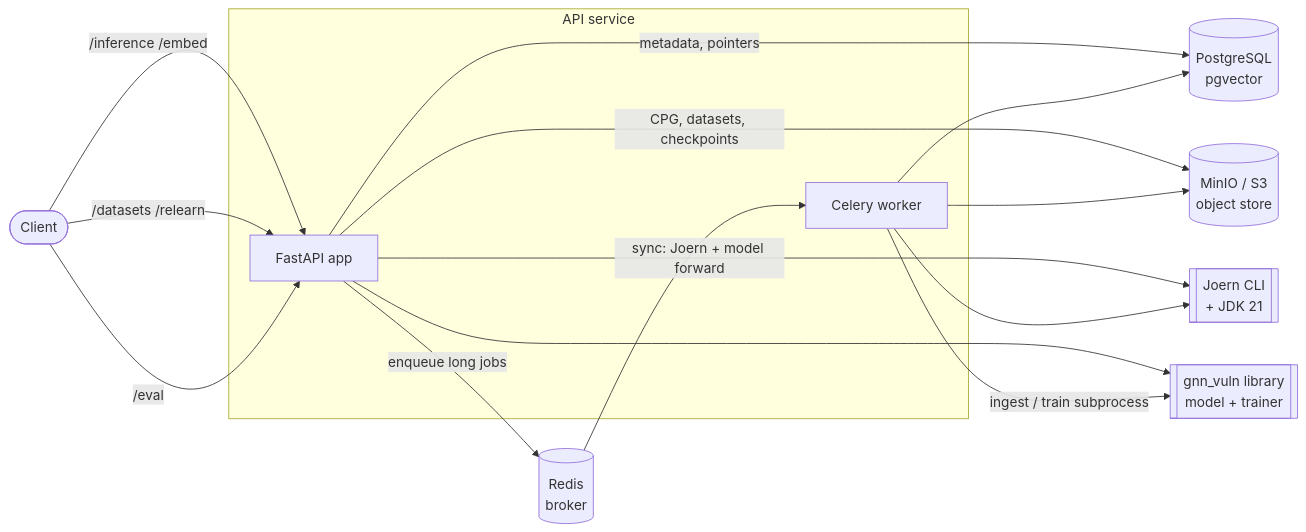
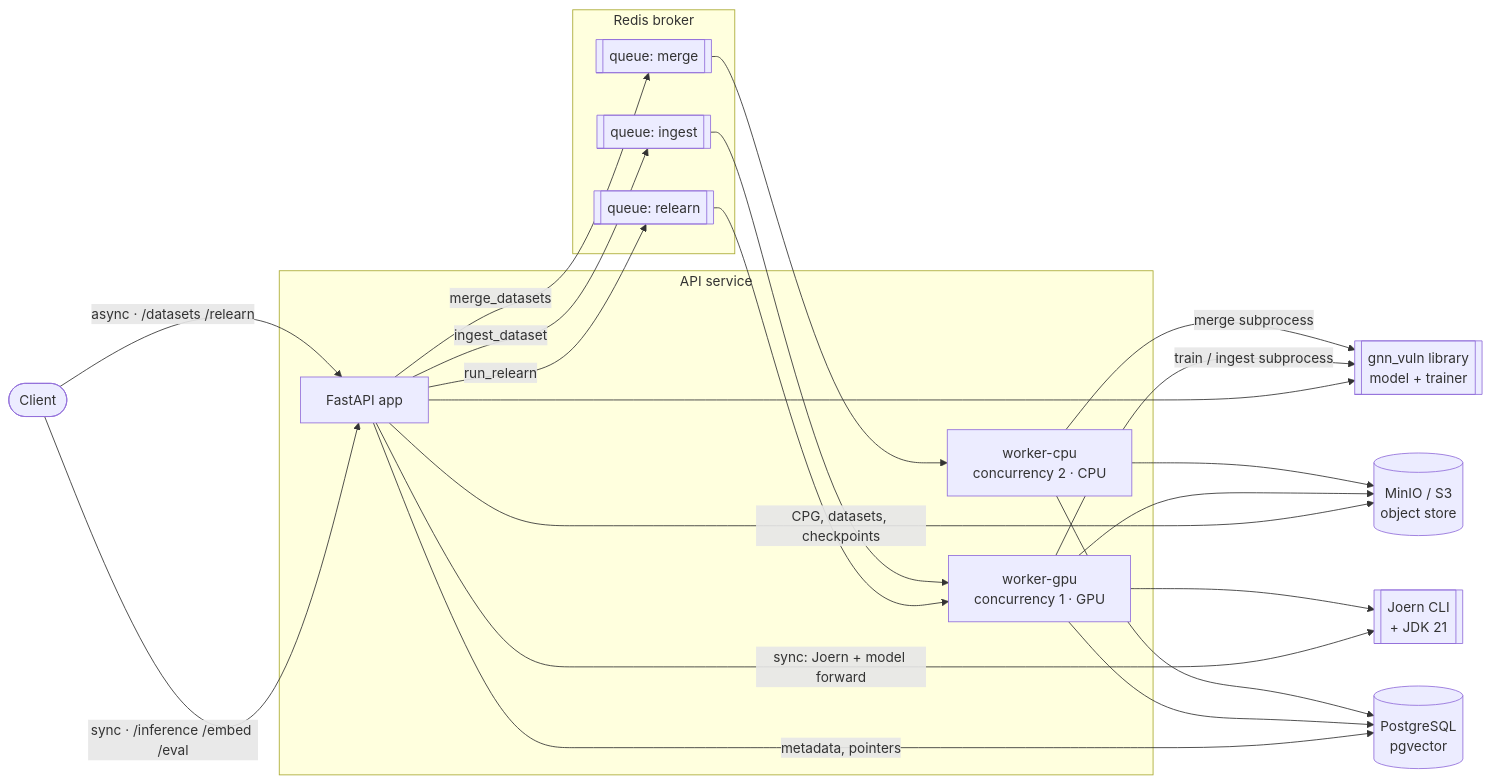
One commit to Otzzu/tugas-akhir changed the first of 2 diagrams in API/README.md. Above: the diagram before and after it, drawn with Mermaid. The commit also changed other lines of this file and 4 other files, not shown here.

Commit message:
feat: split celery worker by per-task queue gpu and cpu, reorder Dockerfile joern before deps

````diff
--- a/API/README.md
+++ b/API/README.md
@@ -35,30 +35,45 @@
 ```mermaid
 flowchart LR
     client([Client])
 
     subgraph svc[API service]
       api[FastAPI app]
-      worker[Celery worker]
+      wgpu[worker-gpu<br/>concurrency 1 · GPU]
+      wcpu[worker-cpu<br/>concurrency 2 · CPU]
     end
 
-    redis[(Redis<br/>broker)]
+    subgraph broker[Redis broker]
+      qr[[queue: relearn]]
+      qi[[queue: ingest]]
+      qm[[queue: merge]]
+    end
+
     pg[(PostgreSQL<br/>pgvector)]
     minio[(MinIO / S3<br/>object store)]
     joern[[Joern CLI<br/>+ JDK 21]]
     lib[[gnn_vuln library<br/>model + trainer]]
 
-    client -->|/inference /embed| api
-    client -->|/datasets /relearn| api
-    client -->|/eval| api
+    client -->|sync · /inference /embed /eval| api
+    client -->|async · /datasets /relearn| api
 
     api -->|metadata, pointers| pg
     api -->|CPG, datasets, checkpoints| minio
     api -->|sync: Joern + model forward| joern
     api --> lib
-    api -->|enqueue long jobs| redis
-    redis --> worker
-    worker -->|ingest / train subprocess| lib
-    worker --> joern
-    worker --> minio
-    worker --> pg
+
+    api -->|run_relearn| qr
+    api -->|ingest_dataset| qi
+    api -->|merge_datasets| qm
+
+    qr --> wgpu
+    qi --> wgpu
+    qm --> wcpu
+
+    wgpu -->|train / ingest subprocess| lib
+    wgpu --> joern
+    wgpu --> minio
+    wgpu --> pg
+    wcpu -->|merge subprocess| lib
+    wcpu --> minio
+    wcpu --> pg
 ```
````
